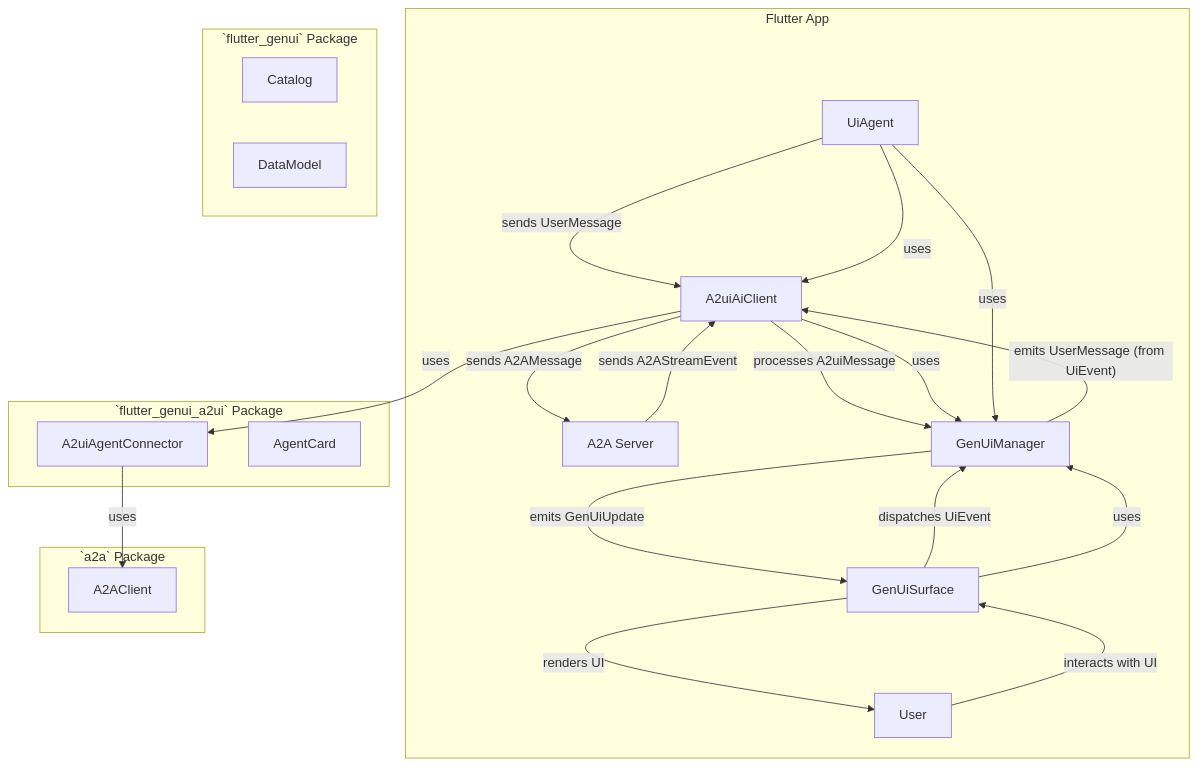
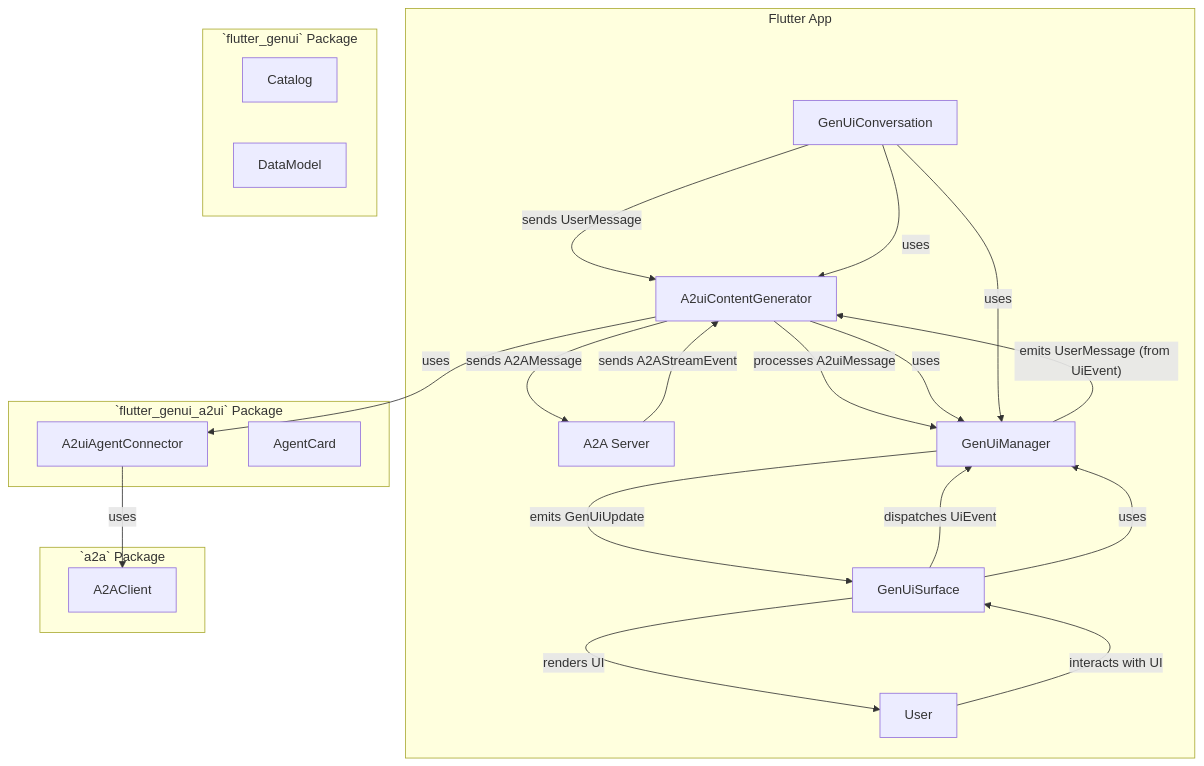
One commit to sethladd/genui changed the diagram in packages/flutter_genui_a2ui/DESIGN.md. Above: the diagram before and after it, drawn with Mermaid. The commit also changed other lines of this file and 14 other files, not shown here.

````diff
--- a/packages/flutter_genui_a2ui/DESIGN.md
+++ b/packages/flutter_genui_a2ui/DESIGN.md
@@ -76,39 +76,39 @@
 ```mermaid
 graph TD
     subgraph Flutter App
-        UiAgent -- "sends UserMessage" --> A2uiAiClient
-        A2uiAiClient -- "sends A2AMessage" --> A2A_Server["A2A Server"]
-        A2A_Server -- "sends A2AStreamEvent" --> A2uiAiClient
-        A2uiAiClient -- "processes A2uiMessage" --> GenUiManager
+        GenUiConversation -- "sends UserMessage" --> A2uiContentGenerator
+        A2uiContentGenerator -- "sends A2AMessage" --> A2A_Server["A2A Server"]
+        A2A_Server -- "sends A2AStreamEvent" --> A2uiContentGenerator
+        A2uiContentGenerator -- "processes A2uiMessage" --> GenUiManager
         GenUiManager -- "emits GenUiUpdate" --> GenUiSurface
         GenUiSurface -- "renders UI" --> User
         User -- "interacts with UI" --> GenUiSurface
         GenUiSurface -- "dispatches UiEvent" --> GenUiManager
-        GenUiManager -- "emits UserMessage (from UiEvent)" --> A2uiAiClient
+        GenUiManager -- "emits UserMessage (from UiEvent)" --> A2uiContentGenerator
     end
 
     subgraph `flutter_genui_a2ui` Package
-        A2uiAiClient
+        A2uiContentGenerator
         A2uiAgentConnector
         AgentCard
     end
 
     subgraph `flutter_genui` Package
-        UiAgent
+        GenUiConversation
         GenUiManager
         GenUiSurface
         Catalog
         DataModel
     end
 
     subgraph `a2a` Package
         A2AClient
     end
 
-    A2uiAiClient -- uses --> A2uiAgentConnector
+    A2uiContentGenerator -- uses --> A2uiAgentConnector
     A2uiAgentConnector -- uses --> A2AClient
-    A2uiAiClient -- uses --> GenUiManager
-    UiAgent -- uses --> A2uiAiClient
-    UiAgent -- uses --> GenUiManager
+    A2uiContentGenerator -- uses --> GenUiManager
+    GenUiConversation -- uses --> A2uiContentGenerator
+    GenUiConversation -- uses --> GenUiManager
     GenUiSurface -- uses --> GenUiManager
 ```
````
